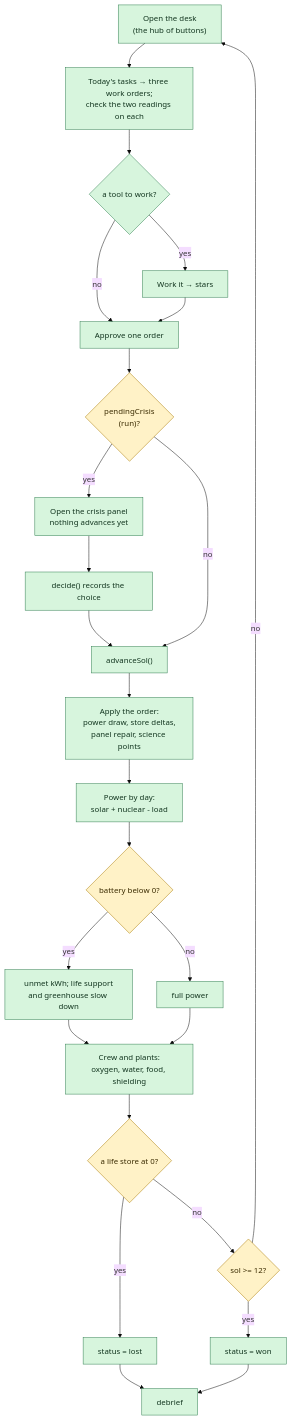
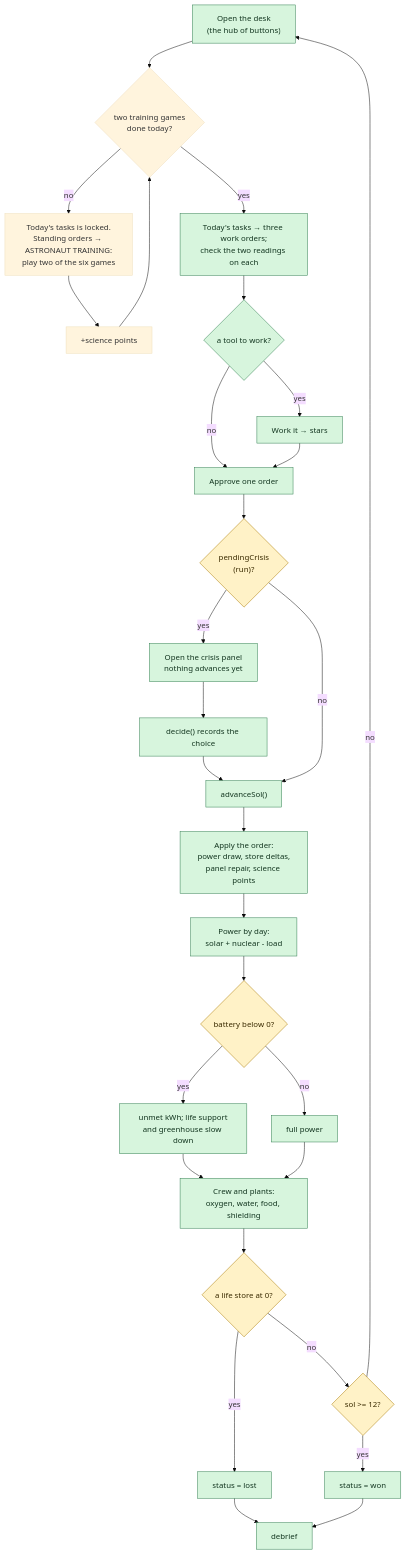
The second of 4 diagrams in docs/game-flow.md (Theteamakrasia/Mars-Horizon-Junior-Astronaut-Mission-Trainer), drawn with Mermaid (base theme) before and after one commit. The commit also changed other lines of this file and 6 other files, not shown here.

First line of the commit message:
docs(team): record the astronaut training system

````diff
--- a/docs/game-flow.md
+++ b/docs/game-flow.md
@@ -116,32 +116,36 @@
 ```mermaid
 flowchart TD
-    A["Open the desk<br/>(the hub of buttons)"] --> P["Today's tasks → three work orders;<br/>check the two readings on each"]
+    A["Open the desk<br/>(the hub of buttons)"] --> T{"two training games<br/>done today?"}
+    T -->|"no"| T2["Today's tasks is locked.<br/>Standing orders → ASTRONAUT TRAINING:<br/>play two of the six games"]
+    T2 --> T3["+science points"]
+    T3 --> T
+    T -->|"yes"| P["Today's tasks → three work orders;<br/>check the two readings on each"]
     P --> W{"a tool to work?"}
     W -->|"yes"| W2["Work it → stars"]
     W -->|"no"| Q
     W2 --> Q["Approve one order"]
     Q --> B{"pendingCrisis<br/>(run)?"}
     B -->|"yes"| C["Open the crisis panel<br/>nothing advances yet"]
     C --> D["decide() records the choice"]
     D --> E["advanceSol()"]
     B -->|"no"| E
     E --> E2["Apply the order:<br/>power draw, store deltas,<br/>panel repair, science points"]
     E2 --> F["Power by day:<br/>solar + nuclear - load"]
     F --> G{"battery below 0?"}
     G -->|"yes"| H["unmet kWh; life support<br/>and greenhouse slow down"]
     G -->|"no"| I["full power"]
     H --> J["Crew and plants:<br/>oxygen, water, food, shielding"]
     I --> J
     J --> K{"a life store at 0?"}
     K -->|"yes"| L["status = lost"]
     K -->|"no"| M{"sol >= 12?"}
     M -->|"yes"| N["status = won"]
     M -->|"no"| A
     L --> O["debrief"]
     N --> O
 
     classDef impl fill:#d7f5dd,stroke:#2f7d4f,color:#12351f
     classDef gate fill:#fff2c7,stroke:#a97a00,color:#3a2b00
     class A,P,W,W2,Q,C,D,E,E2,F,H,I,J,L,N,O impl
     class B,G,K,M gate
 ```
````
